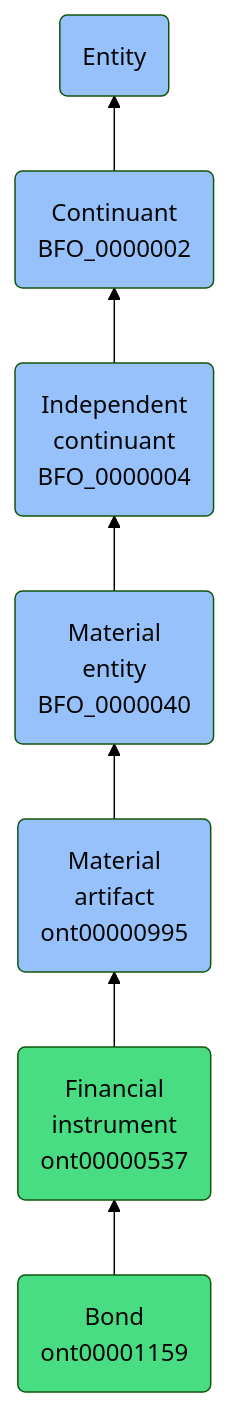
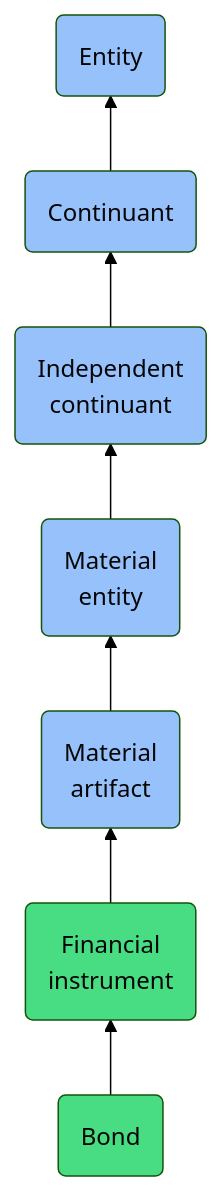
The diagram in docs/ontology/reference/model/Entity/Continuant/Independent continuant/Material entity/Material artifact/Financial instrument/Bond/Bond.md (jupyter-naas/abi), drawn with Mermaid (forest theme) before and after one commit. The commit also changed other lines of this file and 1430 other files, not shown here.

````diff
--- a/docs/ontology/reference/model/Entity/Continuant/Independent continuant/Material entity/Material artifact/Financial instrument/Bond/Bond.md
+++ b/docs/ontology/reference/model/Entity/Continuant/Independent continuant/Material entity/Material artifact/Financial instrument/Bond/Bond.md
@@ -24,14 +24,14 @@
 ```mermaid
 graph BT
-    ont00001159(Bond<br>ont00001159):::ABI-->ont00000537
-    ont00000537(Financial<br>instrument<br>ont00000537):::ABI-->ont00000995
-    ont00000995(Material<br>artifact<br>ont00000995):::BFO-->BFO_0000040
-    BFO_0000040(Material<br>entity<br>BFO_0000040):::BFO-->BFO_0000004
-    BFO_0000004(Independent<br>continuant<br>BFO_0000004):::BFO-->BFO_0000002
-    BFO_0000002(Continuant<br>BFO_0000002):::BFO-->BFO_0000001
+    ont00001159(Bond):::ABI-->ont00000537
+    ont00000537(Financial<br>instrument):::ABI-->ont00000995
+    ont00000995(Material<br>artifact):::BFO-->BFO_0000040
+    BFO_0000040(Material<br>entity):::BFO-->BFO_0000004
+    BFO_0000004(Independent<br>continuant):::BFO-->BFO_0000002
+    BFO_0000002(Continuant):::BFO-->BFO_0000001
     BFO_0000001(Entity):::BFO
     
     classDef BFO fill:#97c1fb,color:#060606
     classDef CCO fill:#e4c51e,color:#060606
     classDef ABI fill:#48DD82,color:#060606
 ```
````
